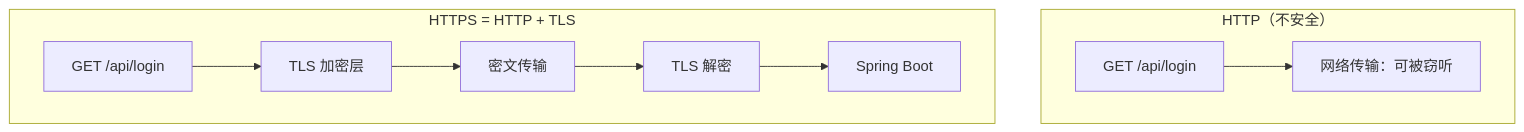
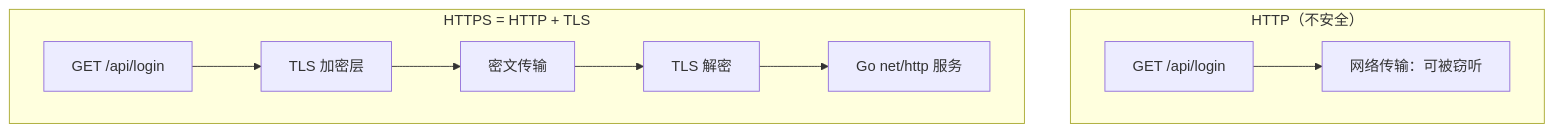
One commit to moqix26/study changed the first of 9 diagrams in 前端学习/计算机网络/05-HTTPS与TLS加密.md. Above: the diagram before and after it, drawn with Mermaid. The commit also changed other lines of this file and 10 other files, not shown here.

````diff
--- a/前端学习/计算机网络/05-HTTPS与TLS加密.md
+++ b/前端学习/计算机网络/05-HTTPS与TLS加密.md
@@ -89,14 +92,14 @@
 ```mermaid
 flowchart TB
     subgraph 明文["HTTP（不安全）"]
-        H1[GET /api/login]
-        H1 --> Wire1[网络传输：可被窃听]
+        H1["GET /api/login"]
+        H1 --> Wire1["网络传输：可被窃听"]
     end
     subgraph 加密["HTTPS = HTTP + TLS"]
-        H2[GET /api/login]
-        H2 --> TLS[TLS 加密层]
-        TLS --> Wire2[密文传输]
-        Wire2 --> TLS2[TLS 解密]
-        TLS2 --> Server[Spring Boot]
+        H2["GET /api/login"]
+        H2 --> TLS["TLS 加密层"]
+        TLS --> Wire2["密文传输"]
+        Wire2 --> TLS2["TLS 解密"]
+        TLS2 --> Server["Go net/http 服务"]
     end
 ```
````
